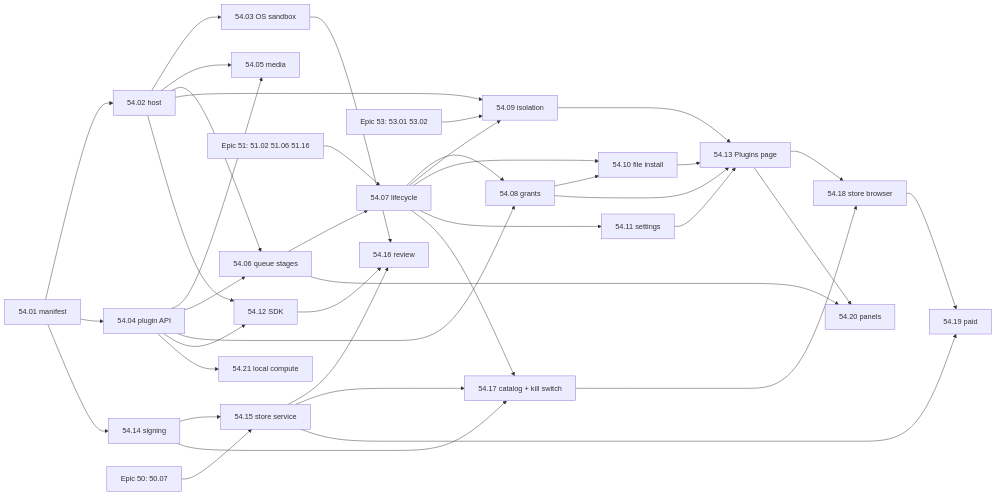
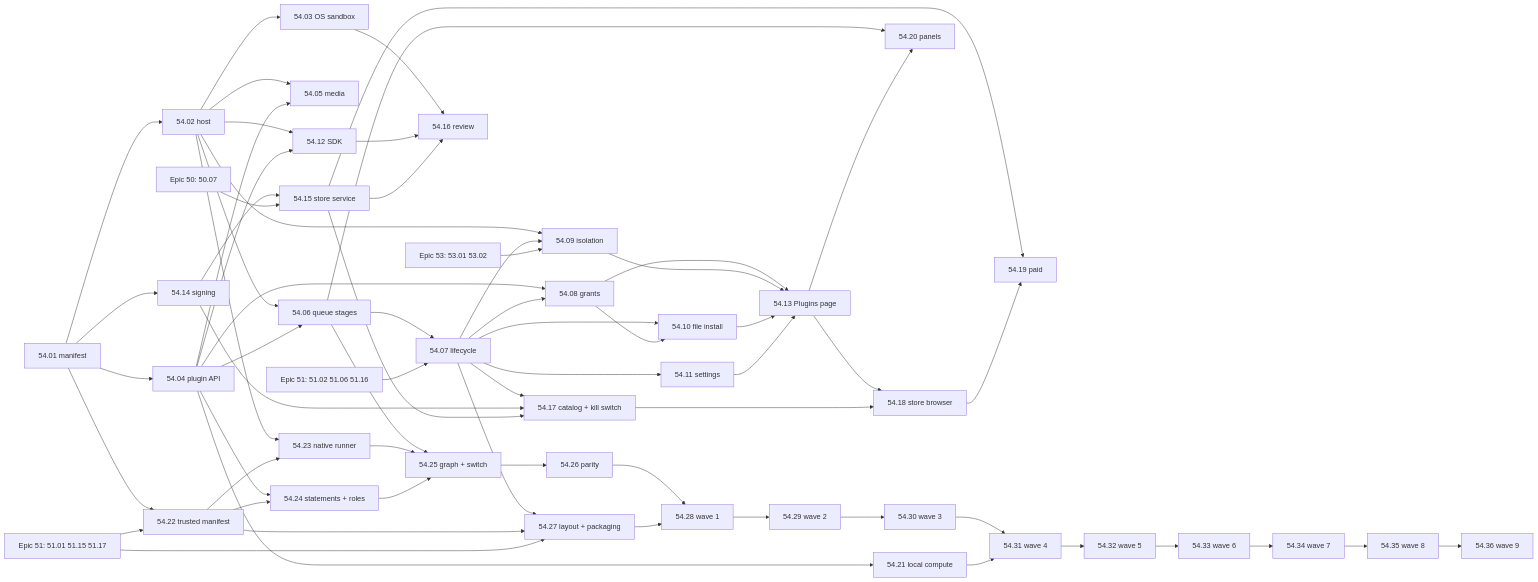
The diagram in specs/epics/54-plugins/README.md (Hamza-Labs-Core/Maktaba), drawn with Mermaid before and after one commit. The commit also changed other lines of this file and 37 other files, not shown here.

````diff
--- a/specs/epics/54-plugins/README.md
+++ b/specs/epics/54-plugins/README.md
@@ -703,42 +781,66 @@
 ```mermaid
 graph LR
   S01[54.01 manifest] --> S02[54.02 host]
   S01 --> S04[54.04 plugin API]
   S01 --> S14[54.14 signing]
   S02 --> S03[54.03 OS sandbox]
   S02 --> S05[54.05 media]
   S04 --> S05
   S02 --> S06[54.06 queue stages]
   S04 --> S06
   S06 --> S07[54.07 lifecycle]
   E51[Epic 51: 51.02 51.06 51.16] --> S07
   S04 --> S08[54.08 grants]
   S07 --> S08
   S02 --> S09[54.09 isolation]
   S07 --> S09
   E53[Epic 53: 53.01 53.02] --> S09
   S07 --> S10[54.10 file install]
   S08 --> S10
   S07 --> S11[54.11 settings]
   S02 --> S12[54.12 SDK]
   S04 --> S12
   S08 --> S13[54.13 Plugins page]
   S09 --> S13
   S10 --> S13
   S11 --> S13
   S14 --> S15[54.15 store service]
   E50[Epic 50: 50.07] --> S15
   S03 --> S16[54.16 review]
   S12 --> S16
   S15 --> S16
   S07 --> S17[54.17 catalog + kill switch]
   S14 --> S17
   S15 --> S17
   S13 --> S18[54.18 store browser]
   S17 --> S18
   S15 --> S19[54.19 paid]
   S18 --> S19
   S06 --> S20[54.20 panels]
   S13 --> S20
   S04 --> S21[54.21 local compute]
+  S01 --> S22[54.22 trusted manifest]
+  E51b[Epic 51: 51.01 51.15 51.17] --> S22
+  S02 --> S23[54.23 native runner]
+  S22 --> S23
+  S04 --> S24[54.24 statements + roles]
+  S22 --> S24
+  S06 --> S25[54.25 graph + switch]
+  S23 --> S25
+  S24 --> S25
+  S25 --> S26[54.26 parity]
+  S07 --> S27[54.27 layout + packaging]
+  S22 --> S27
+  E51b --> S27
+  S26 --> S28[54.28 wave 1]
+  S27 --> S28
+  S28 --> S29[54.29 wave 2]
+  S29 --> S30[54.30 wave 3]
+  S30 --> S31[54.31 wave 4]
+  S21 --> S31
+  S31 --> S32[54.32 wave 5]
+  S32 --> S33[54.33 wave 6]
+  S33 --> S34[54.34 wave 7]
+  S34 --> S35[54.35 wave 8]
+  S35 --> S36[54.36 wave 9]
 ```
````
